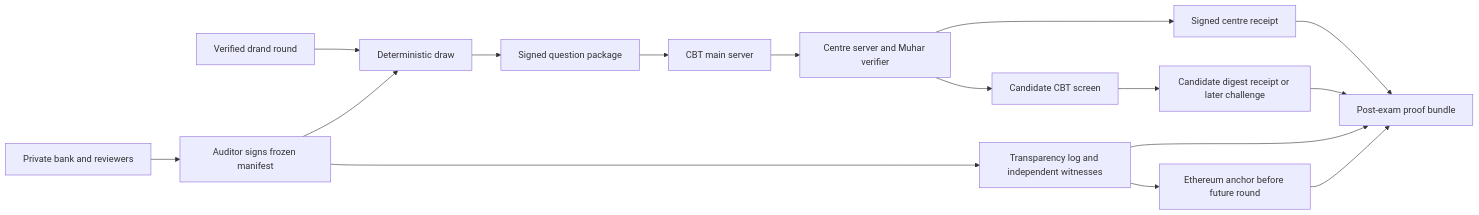
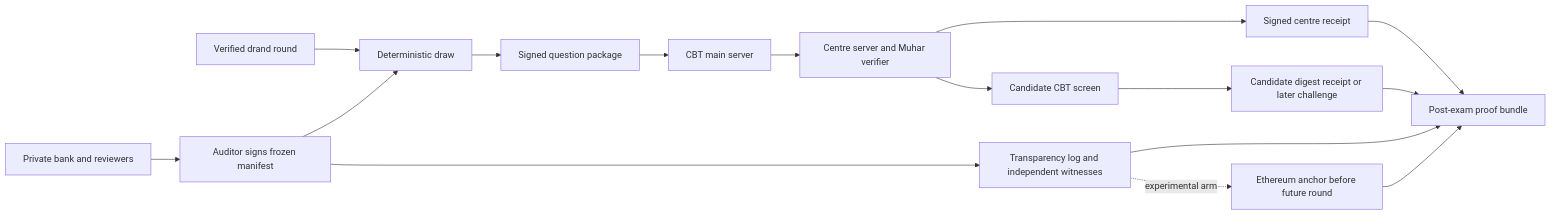
The diagram in DIGITAL_ARCHITECTURE.md (harshakumar25/Muhar), drawn with Mermaid before and after one commit. The commit also changed other lines of this file and 6 other files, not shown here.

````diff
--- a/DIGITAL_ARCHITECTURE.md
+++ b/DIGITAL_ARCHITECTURE.md
@@ -8,18 +8,18 @@
 ```mermaid
 flowchart LR
   A[Private bank and reviewers] --> B[Auditor signs frozen manifest]
   B --> C[Transparency log and independent witnesses]
-  C --> D[Ethereum anchor before future round]
+  C -. experimental arm .-> D[Ethereum anchor before future round]
   E[Verified drand round] --> F[Deterministic draw]
   B --> F
   F --> G[Signed question package]
   G --> H[CBT main server]
   H --> I[Centre server and Muhar verifier]
   I --> J[Candidate CBT screen]
   I --> K[Signed centre receipt]
   J --> L[Candidate digest receipt or later challenge]
   K --> M[Post-exam proof bundle]
   L --> M
   C --> M
   D --> M
 ```
````
